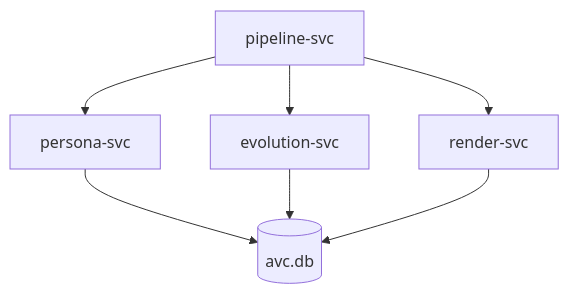
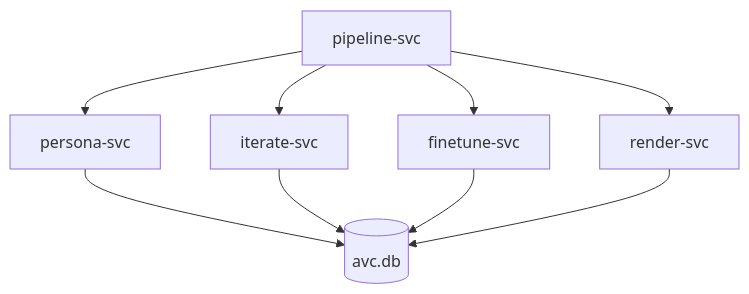
Before and after one commit to growdu/avcore: the third of 10 diagrams in docs/design.md, drawn with Mermaid. The commit also changed other lines of this file and 10 other files, not shown here.

````diff
--- a/docs/design.md
+++ b/docs/design.md
@@ -32,9 +63,11 @@
 ```mermaid
 flowchart TB
     PS[persona-svc] --> ST[(avc.db)]
-    EV[evolution-svc] --> ST
+    IS[iterate-svc] --> ST
+    FS[finetune-svc] --> ST
     RG[render-svc] --> ST
     PL[pipeline-svc] --> PS
-    PL --> EV
+    PL --> IS
+    PL --> FS
     PL --> RG
 ```
````
